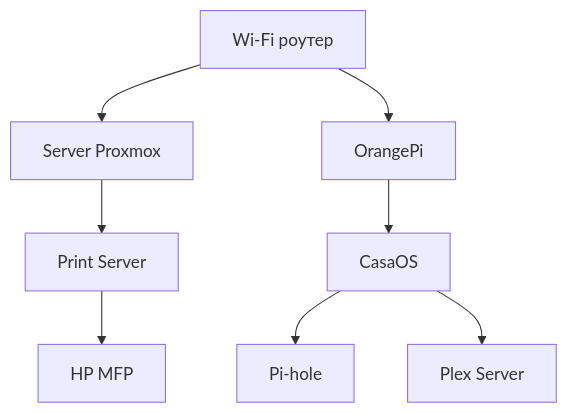
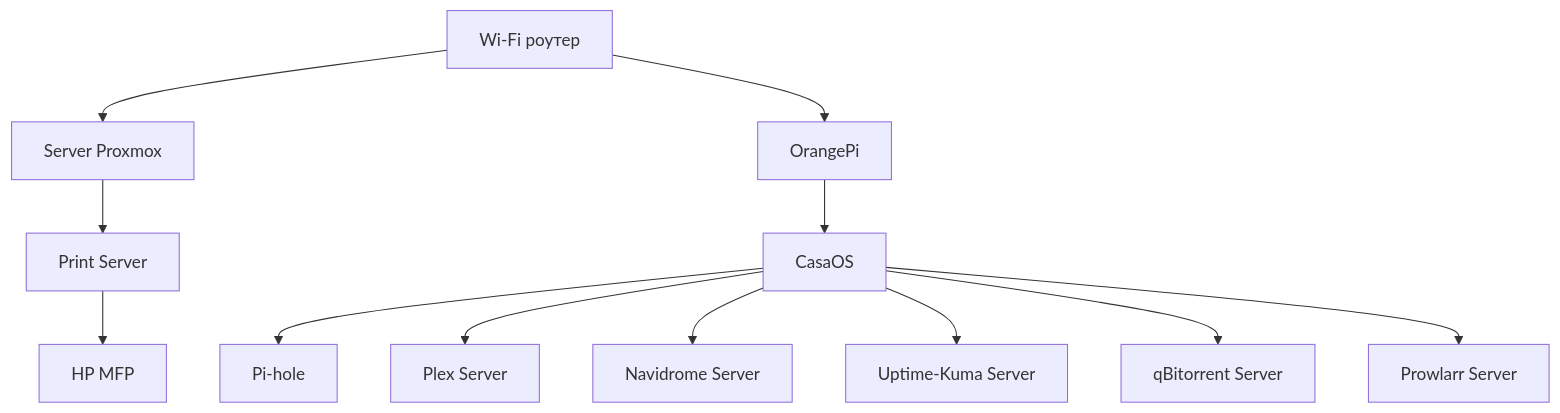
Before and after one commit to oleksdovz/oleks-dov.work: the diagram in home-lab/homelab-arch.md, drawn with Mermaid.

````diff
--- a/home-lab/homelab-arch.md
+++ b/home-lab/homelab-arch.md
@@ -1,10 +1,14 @@
 ```mermaid
 graph TD
 A[Wi-Fi роутер] --> B[Server Proxmox]
-A[Wi-Fi роутер] --> D[OrangePi]
-B --> C[Print Server]
-D --> E[CasaOS]
-C --> F[HP MFP]
-E --> E1[Pi-hole]
-E --> E2[Plex Server]
+A[Wi-Fi роутер] --> C[OrangePi]
+B --> B1[Print Server]
+C --> C1[CasaOS]
+B1 --> B2[HP MFP]
+C1 --> C2[Pi-hole]
+C1 --> C3[Plex Server]
+C1 --> C4[Navidrome Server]
+C1 --> C5[Uptime-Kuma Server]
+C1 --> C6[qBitorrent Server]
+C1 --> C7[Prowlarr Server]
 ```
````
